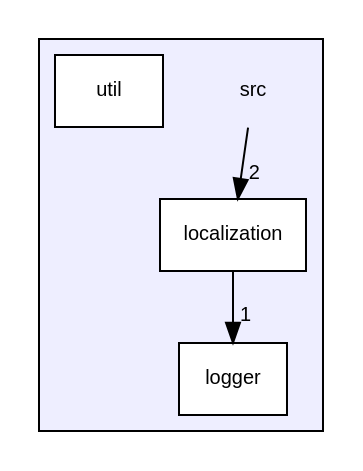
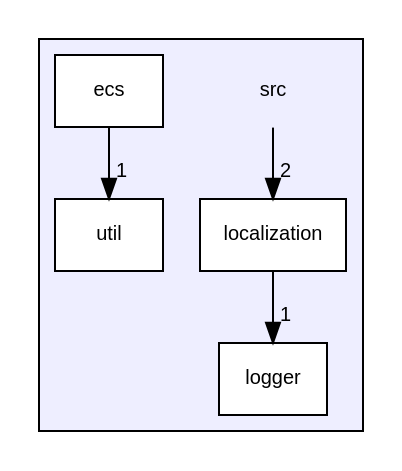
Before and after one commit to MisterPeModder/Bomberman-Global-Offensive: the diagram in dir_68267d1309a1af8e8297ef4c3efbcdba_dep.dot, drawn with Graphviz. The commit also changed 228 other files, not shown here.

```diff
--- a/dir_68267d1309a1af8e8297ef4c3efbcdba_dep.dot
+++ b/dir_68267d1309a1af8e8297ef4c3efbcdba_dep.dot
@@ -1,14 +1,16 @@
 digraph "src" {
   compound=true
   node [ fontsize="10", fontname="Helvetica"];
   edge [ labelfontsize="10", labelfontname="Helvetica"];
   subgraph clusterdir_68267d1309a1af8e8297ef4c3efbcdba {
     graph [ bgcolor="#eeeeff", pencolor="black", label="" URL="dir_68267d1309a1af8e8297ef4c3efbcdba.html"];
     dir_68267d1309a1af8e8297ef4c3efbcdba [shape=plaintext label="src"];
+    dir_ddca5f149c4ce13074f28b270e950ba9 [shape=box label="ecs" color="black" fillcolor="white" style="filled" URL="dir_ddca5f149c4ce13074f28b270e950ba9.html"];
     dir_502e2e551a70cf7978464aef90fcfcf1 [shape=box label="localization" color="black" fillcolor="white" style="filled" URL="dir_502e2e551a70cf7978464aef90fcfcf1.html"];
     dir_ffde1fbcaa8d6b0d34e29c3bddf7a801 [shape=box label="logger" color="black" fillcolor="white" style="filled" URL="dir_ffde1fbcaa8d6b0d34e29c3bddf7a801.html"];
     dir_b7878ad5ecbf2506f4125b9d34c97e45 [shape=box label="util" color="black" fillcolor="white" style="filled" URL="dir_b7878ad5ecbf2506f4125b9d34c97e45.html"];
   }
-  dir_68267d1309a1af8e8297ef4c3efbcdba->dir_502e2e551a70cf7978464aef90fcfcf1 [headlabel="2", labeldistance=1.5 headhref="dir_000000_000001.html"];
-  dir_502e2e551a70cf7978464aef90fcfcf1->dir_ffde1fbcaa8d6b0d34e29c3bddf7a801 [headlabel="1", labeldistance=1.5 headhref="dir_000001_000002.html"];
+  dir_68267d1309a1af8e8297ef4c3efbcdba->dir_502e2e551a70cf7978464aef90fcfcf1 [headlabel="2", labeldistance=1.5 headhref="dir_000000_000002.html"];
+  dir_ddca5f149c4ce13074f28b270e950ba9->dir_b7878ad5ecbf2506f4125b9d34c97e45 [headlabel="1", labeldistance=1.5 headhref="dir_000001_000004.html"];
+  dir_502e2e551a70cf7978464aef90fcfcf1->dir_ffde1fbcaa8d6b0d34e29c3bddf7a801 [headlabel="1", labeldistance=1.5 headhref="dir_000002_000003.html"];
 }
```
